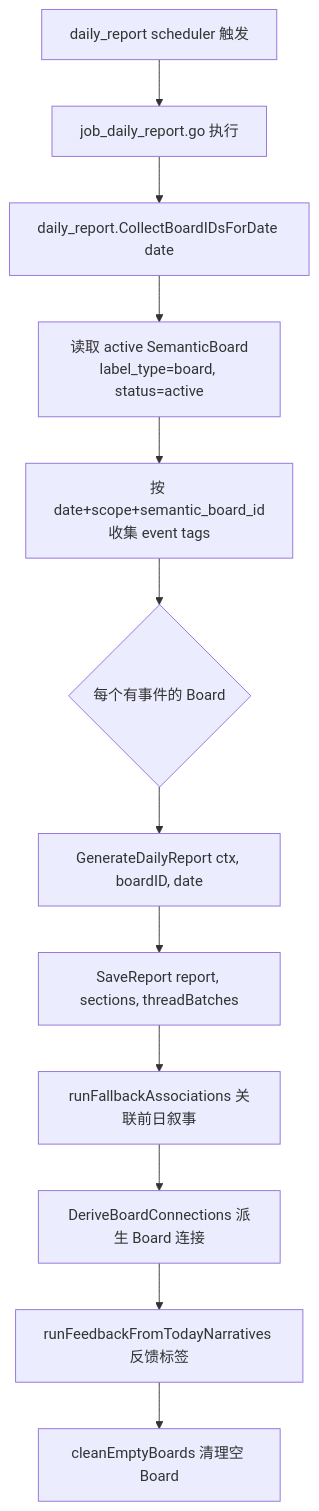
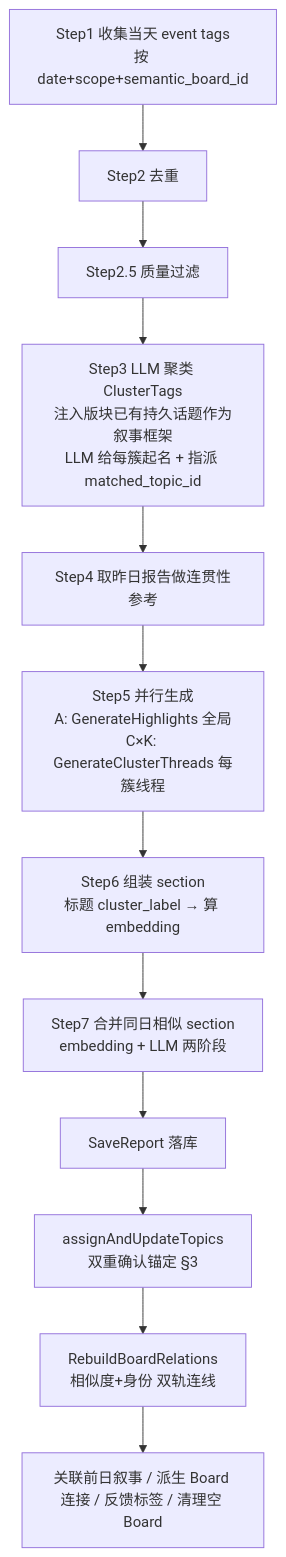
The first of 2 diagrams in docs/reference/flow/daily-report.md (ZanebonoAlter/my-robot), drawn with Mermaid before and after one commit. The commit also changed other lines of this file and 9 other files, not shown here.

````diff
--- a/docs/reference/flow/daily-report.md
+++ b/docs/reference/flow/daily-report.md
@@ -20,14 +35,14 @@
 ```mermaid
 flowchart TD
-  SCHED[daily_report scheduler 触发] --> JOB[job_daily_report.go 执行]
-  JOB --> COLL[daily_report.CollectBoardIDsForDate date]
-  COLL --> RA[读取 active SemanticBoard<br/>label_type=board, status=active]
-  RA --> EVT[按 date+scope+semantic_board_id<br/>收集 event tags]
-  EVT --> GEN{每个有事件的 Board}
-  GEN --> GR[GenerateDailyReport ctx, boardID, date]
-  GR --> SAVE[SaveReport report, sections, threadBatches]
-  SAVE --> FALL[runFallbackAssociations 关联前日叙事]
-  FALL --> DERIVE[DeriveBoardConnections 派生 Board 连接]
-  DERIVE --> FB[runFeedbackFromTodayNarratives 反馈标签]
-  FB --> CLEAN[cleanEmptyBoards 清理空 Board]
+  STEP1[Step1 收集当天 event tags<br/>按 date+scope+semantic_board_id] --> STEP2[Step2 去重]
+  STEP2 --> STEP2_5[Step2.5 质量过滤]
+  STEP2_5 --> STEP3[Step3 LLM 聚类 ClusterTags<br/>注入版块已有持久话题作为叙事框架<br/>LLM 给每簇起名 + 指派 matched_topic_id]
+  STEP3 --> STEP4[Step4 取昨日报告做连贯性参考]
+  STEP4 --> STEP5[Step5 并行生成<br/>A: GenerateHighlights 全局<br/>C×K: GenerateClusterThreads 每簇线程]
+  STEP5 --> STEP6[Step6 组装 section<br/>标题 cluster_label → 算 embedding]
+  STEP6 --> STEP7[Step7 合并同日相似 section<br/>embedding + LLM 两阶段]
+  STEP7 --> SAVE[SaveReport 落库]
+  SAVE --> ANCHOR[assignAndUpdateTopics<br/>双重确认锚定 §3]
+  ANCHOR --> REL[RebuildBoardRelations<br/>相似度+身份 双轨连线]
+  REL --> FALL[关联前日叙事 / 派生 Board 连接 / 反馈标签 / 清理空 Board]
 ```
````
